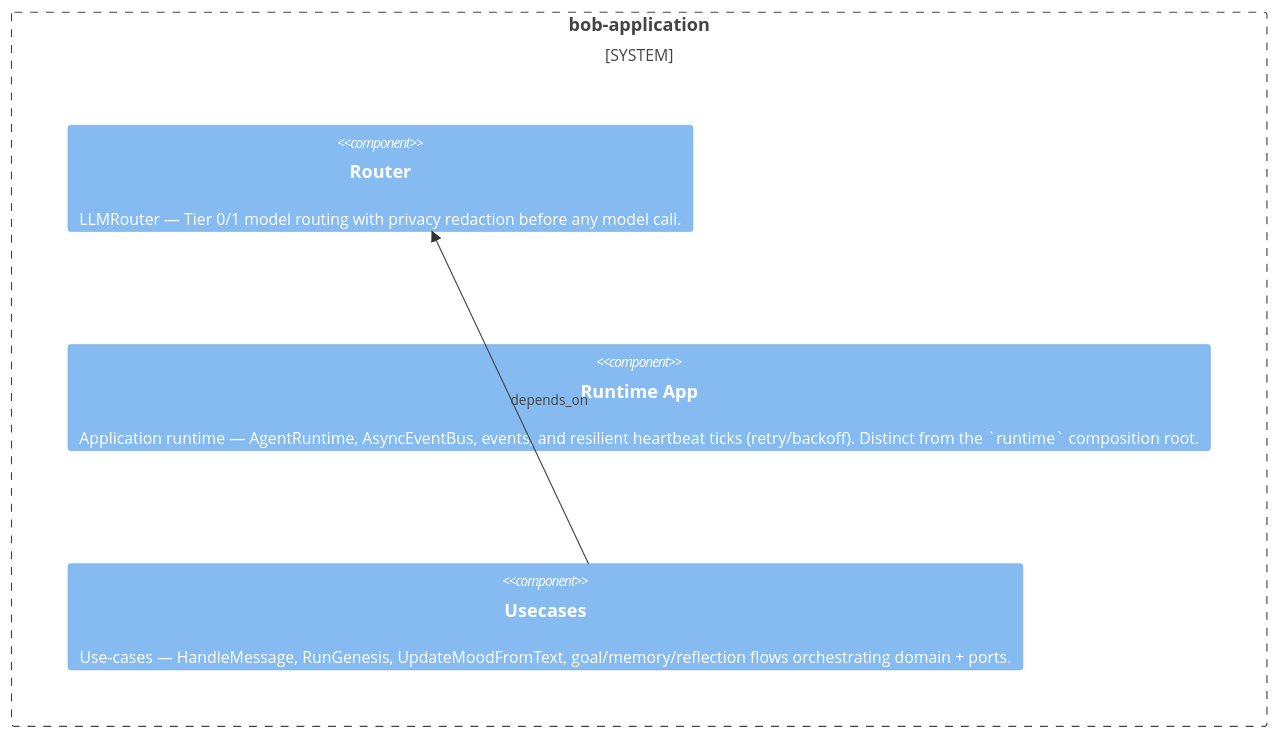
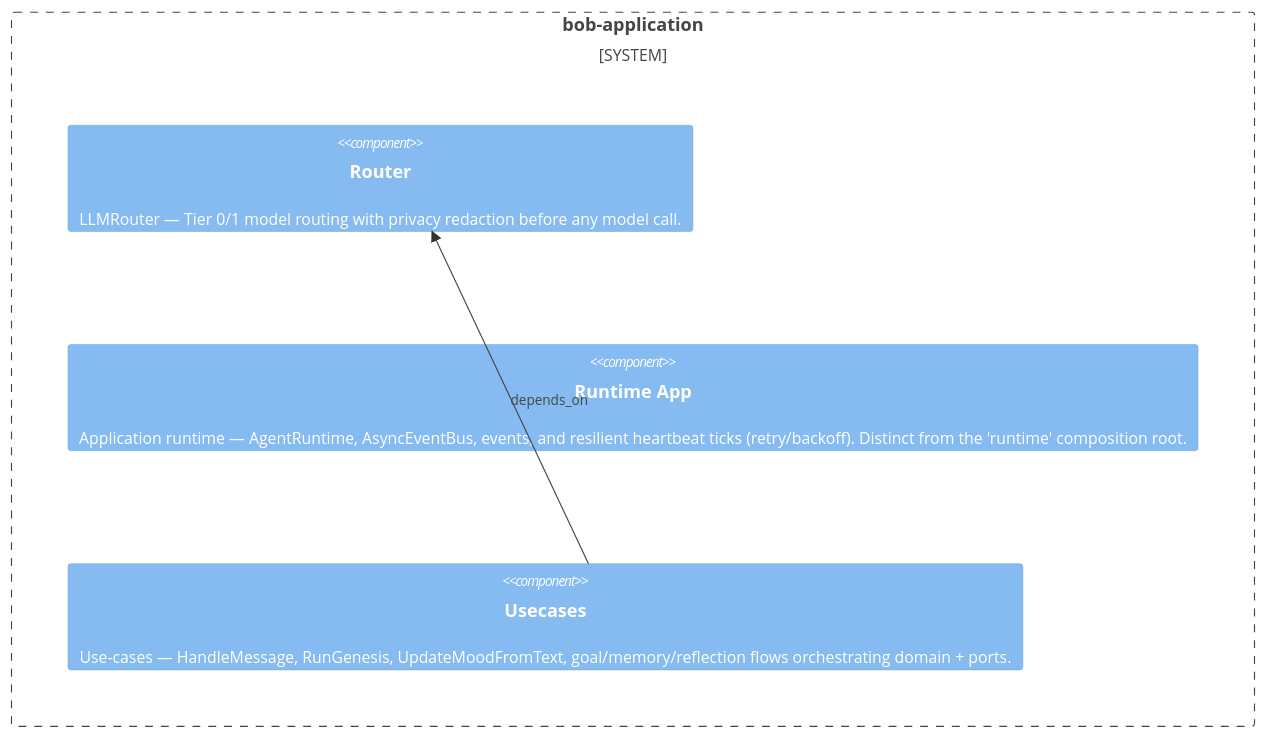
Before and after one commit to zoologov/bob: the diagram in site/domains/bob-application.md, drawn with Mermaid. The commit also changed 24 other files, not shown here.

First line of the commit message:
[docs] pages: рендер C4-mermaid (санитайз спецсимволов + vite ssr) + главная с навигацией

````diff
--- a/site/domains/bob-application.md
+++ b/site/domains/bob-application.md
@@ -106,9 +106,9 @@
 ```mermaid
 C4Container
     System_Boundary(bob_application_boundary, "bob-application") {
         Component(router, "Router", "", "LLMRouter — Tier 0/1 model routing with privacy redaction before any model call.")
-        Component(runtime_app, "Runtime App", "", "Application runtime — AgentRuntime, AsyncEventBus, events, and resilient heartbeat ticks (retry/backoff). Distinct from the `runtime` composition root.")
+        Component(runtime_app, "Runtime App", "", "Application runtime — AgentRuntime, AsyncEventBus, events, and resilient heartbeat ticks (retry/backoff). Distinct from the 'runtime' composition root.")
         Component(usecases, "Usecases", "", "Use-cases — HandleMessage, RunGenesis, UpdateMoodFromText, goal/memory/reflection flows orchestrating domain + ports.")
     }
     Rel(usecases, router, "depends_on")
 ```
````
